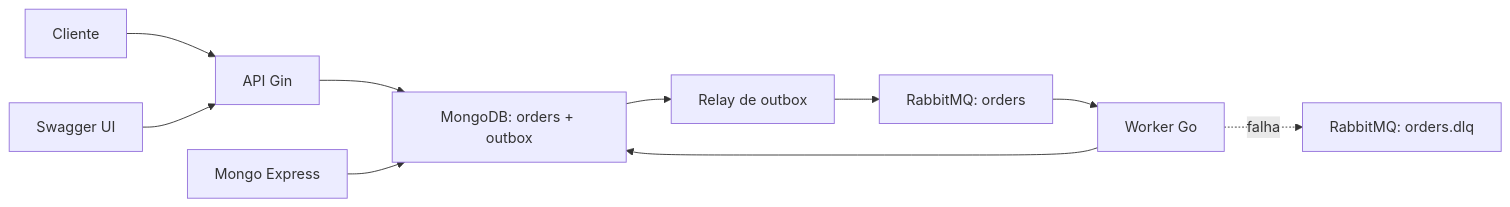
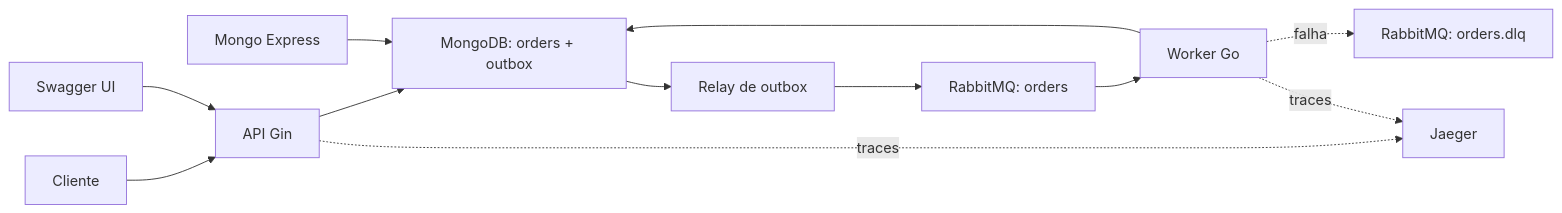
The diagram in README.md (joaohgf/mjv-challenge), drawn with Mermaid before and after one commit. The commit also changed other lines of this file and 60 other files, not shown here.

````diff
--- a/README.md
+++ b/README.md
@@ -7,12 +7,14 @@
 ```mermaid
 flowchart LR
     Client["Cliente"] --> API["API Gin"]
     API --> Mongo["MongoDB: orders + outbox"]
     Mongo --> Relay["Relay de outbox"]
     Relay --> Queue["RabbitMQ: orders"]
     Queue --> Worker["Worker Go"]
     Worker --> Mongo
     Worker -. falha .-> DLQ["RabbitMQ: orders.dlq"]
+    API -. traces .-> Jaeger["Jaeger"]
+    Worker -. traces .-> Jaeger
     Swagger["Swagger UI"] --> API
     MongoExpress["Mongo Express"] --> Mongo
 ```
````
